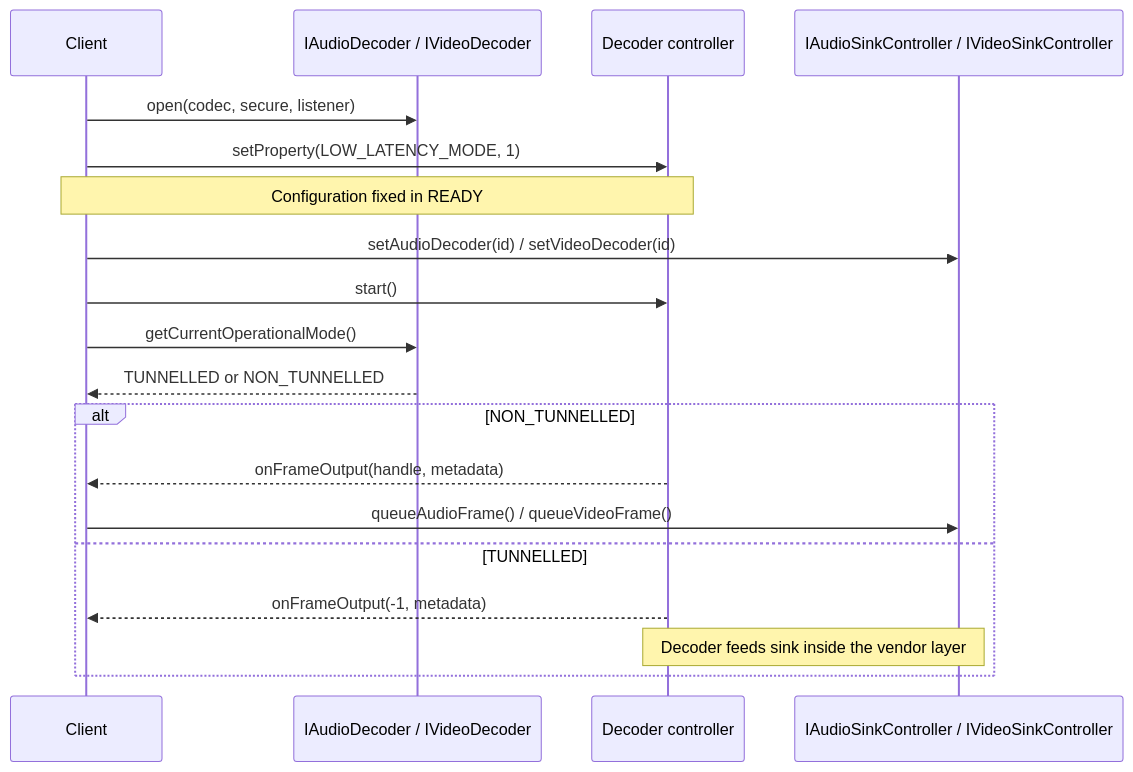
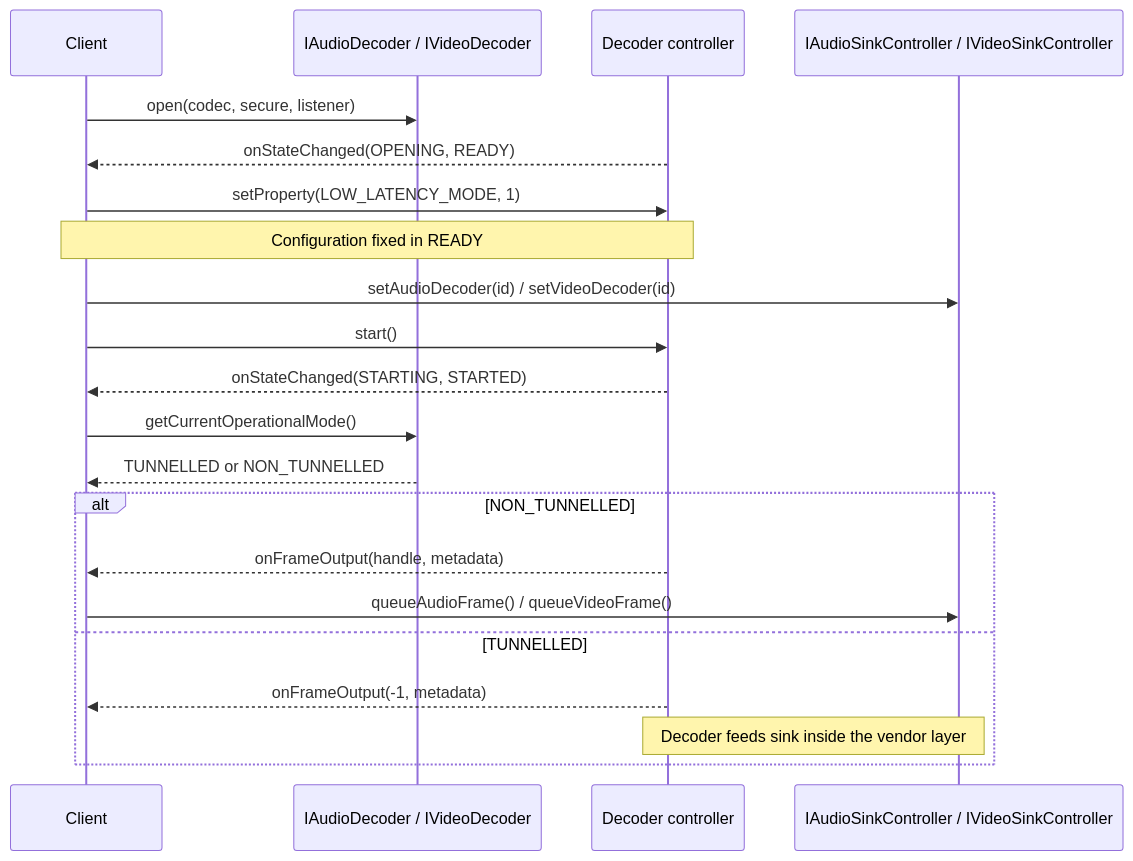
One commit to rdkcentral/rdk-halif-aidl changed the second of 2 diagrams in docs/key_concepts/hal/hal_pipeline_operational_mode.md. Above: the diagram before and after it, drawn with Mermaid. The commit also changed other lines of this file, not shown here.

````diff
--- a/docs/key_concepts/hal/hal_pipeline_operational_mode.md
+++ b/docs/key_concepts/hal/hal_pipeline_operational_mode.md
@@ -168,22 +168,24 @@
 ```mermaid
 sequenceDiagram
     participant MW as Client
     participant Dec as IAudioDecoder / IVideoDecoder
     participant Ctl as Decoder controller
     participant Sink as IAudioSinkController / IVideoSinkController
 
     MW->>Dec: open(codec, secure, listener)
+    Ctl-->>MW: onStateChanged(OPENING, READY)
     MW->>Ctl: setProperty(LOW_LATENCY_MODE, 1)
     Note over MW,Ctl: Configuration fixed in READY
     MW->>Sink: setAudioDecoder(id) / setVideoDecoder(id)
     MW->>Ctl: start()
+    Ctl-->>MW: onStateChanged(STARTING, STARTED)
     MW->>Dec: getCurrentOperationalMode()
     Dec-->>MW: TUNNELLED or NON_TUNNELLED
     alt NON_TUNNELLED
         Ctl-->>MW: onFrameOutput(handle, metadata)
         MW->>Sink: queueAudioFrame() / queueVideoFrame()
     else TUNNELLED
         Ctl-->>MW: onFrameOutput(-1, metadata)
         Note over Ctl,Sink: Decoder feeds sink inside the vendor layer
     end
 ```
````
